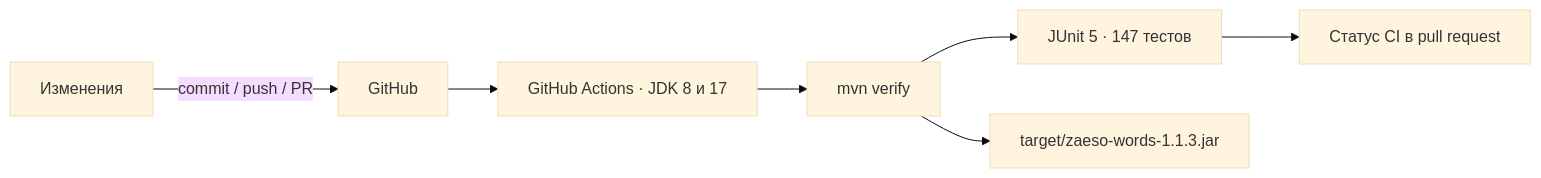
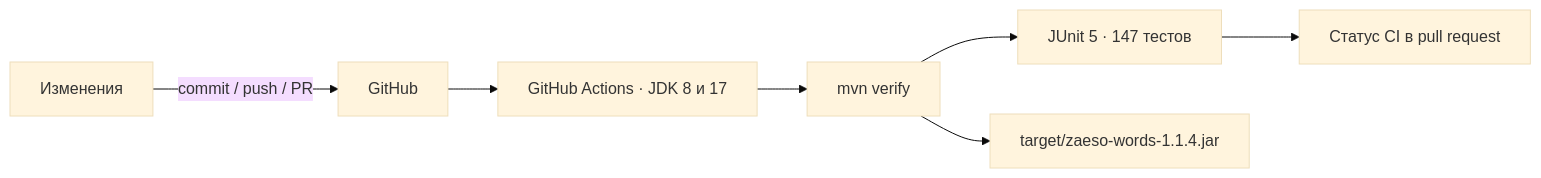
The third of 4 diagrams in zaeso-Words-Roadmap.md (zaeso/zaeso-Words), drawn with Mermaid (base theme) before and after one commit. The commit also changed other lines of this file and 7 other files, not shown here.

````diff
--- a/zaeso-Words-Roadmap.md
+++ b/zaeso-Words-Roadmap.md
@@ -308,9 +311,9 @@
 ```mermaid
 flowchart LR
     DEV["Изменения"] -->|"commit / push / PR"| GH["GitHub"]
     GH --> CI["GitHub Actions · JDK 8 и 17"]
     CI --> MVN["mvn verify"]
     MVN --> TESTS["JUnit 5 · 147 тестов"]
-    MVN --> JAR["target/zaeso-words-1.1.3.jar"]
+    MVN --> JAR["target/zaeso-words-1.1.4.jar"]
     TESTS --> STATUS["Статус CI в pull request"]
 ```
````
